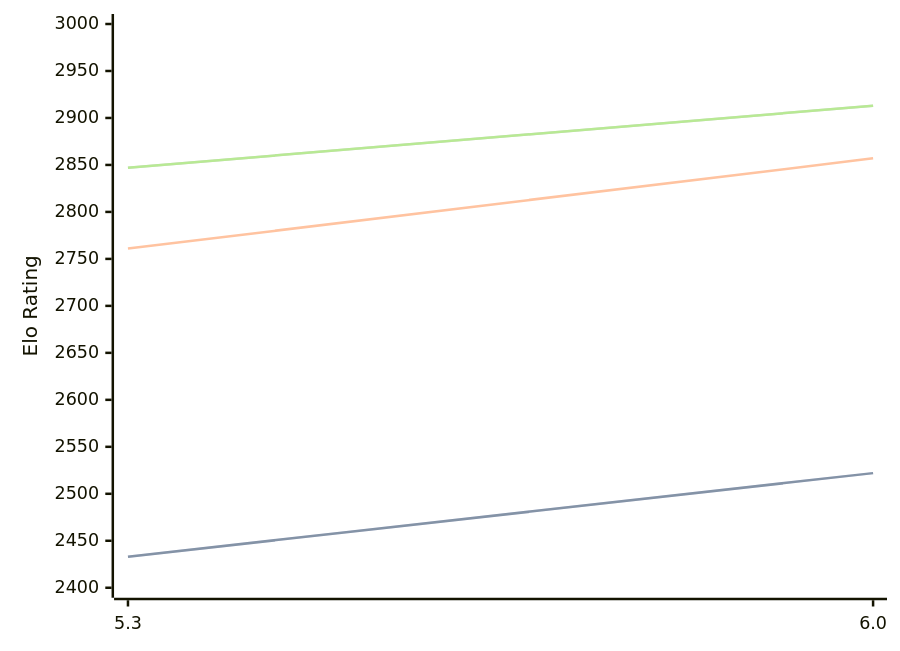
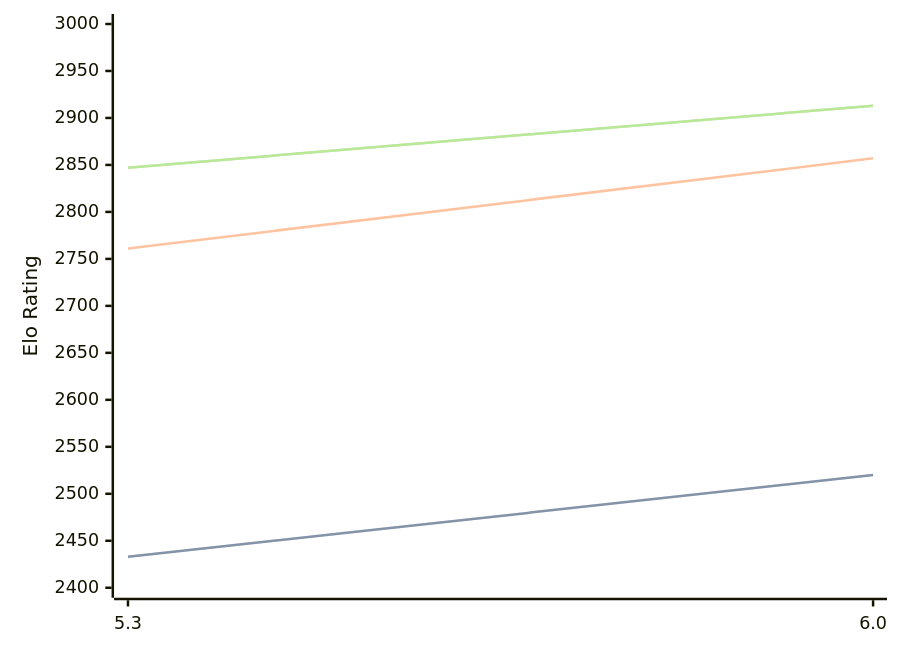
Before and after one commit to computer-chess-index/cci: the diagram in engines/tomitankChess.md, drawn with Mermaid. The commit also changed other lines of this file, not shown here.

Commit message:
Update CCI Ratings (ELO VLTC) - 2026-04-20

````diff
--- a/engines/tomitankChess.md
+++ b/engines/tomitankChess.md
@@ -40,11 +40,11 @@
 ```mermaid
 %%{init: {"theme":"base","themeVariables":{"seriesColors:['#a3a3a3','#222221','#faa371']}}}%%
 xychart-beta
   x-axis ["5.3", "6.0"]
   y-axis "Elo Rating" 2400 --> 3000
-  line "STC (8.0+0.08s)" [2433, 2522]
-  line "STC (8.0+0.08s)" [2433, 2522]
+  line "STC (8.0+0.08s)" [2433, 2520]
+  line "STC (8.0+0.08s)" [2433, 2520]
   line "LTC (60.0+0.60s)" [2761, 2857]
   line "VLTC (2m24s+1.12s)" [2847, 2913]
   line "VLTC (2m24s+1.12s)" [2847, 2913]
 ```
````
